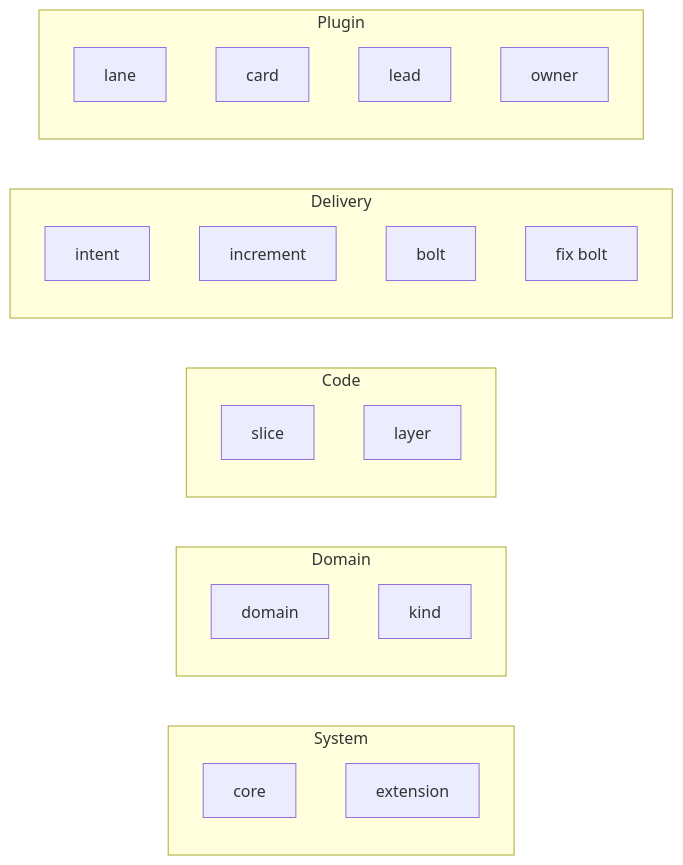
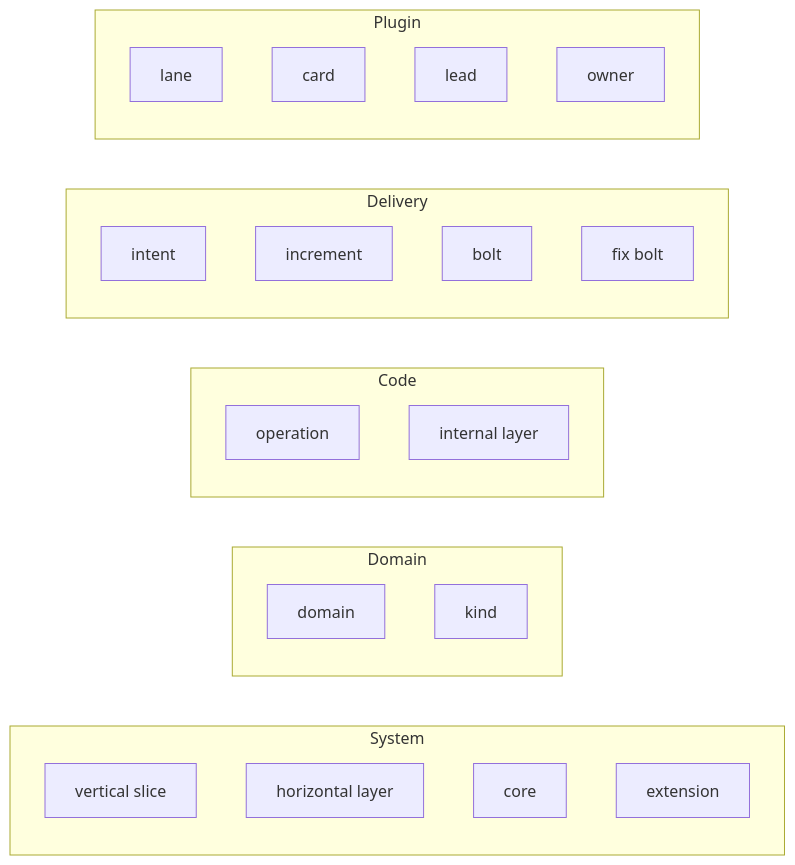
Before and after one commit to Scrollout/aidlc-team-plugin: the diagram in docs/design/diagrams/canonical-model.md, drawn with Mermaid. The commit also changed 48 other files, not shown here.

````diff
--- a/docs/design/diagrams/canonical-model.md
+++ b/docs/design/diagrams/canonical-model.md
@@ -9,27 +9,29 @@
 ```mermaid
 flowchart LR
   subgraph System["System"]
+    System_vertical_slice["vertical slice"]
+    System_horizontal_layer["horizontal layer"]
     System_core["core"]
     System_extension["extension"]
   end
   subgraph Domain["Domain"]
     Domain_domain["domain"]
     Domain_kind["kind"]
   end
   subgraph Code["Code"]
-    Code_slice["slice"]
-    Code_layer["layer"]
+    Code_operation["operation"]
+    Code_internal_layer["internal layer"]
   end
   subgraph Delivery["Delivery"]
     Delivery_intent["intent"]
     Delivery_increment["increment"]
     Delivery_bolt["bolt"]
     Delivery_fix_bolt["fix bolt"]
   end
   subgraph Plugin["Plugin"]
     Plugin_lane["lane"]
     Plugin_card["card"]
     Plugin_lead["lead"]
     Plugin_owner["owner"]
   end
 ```
````
